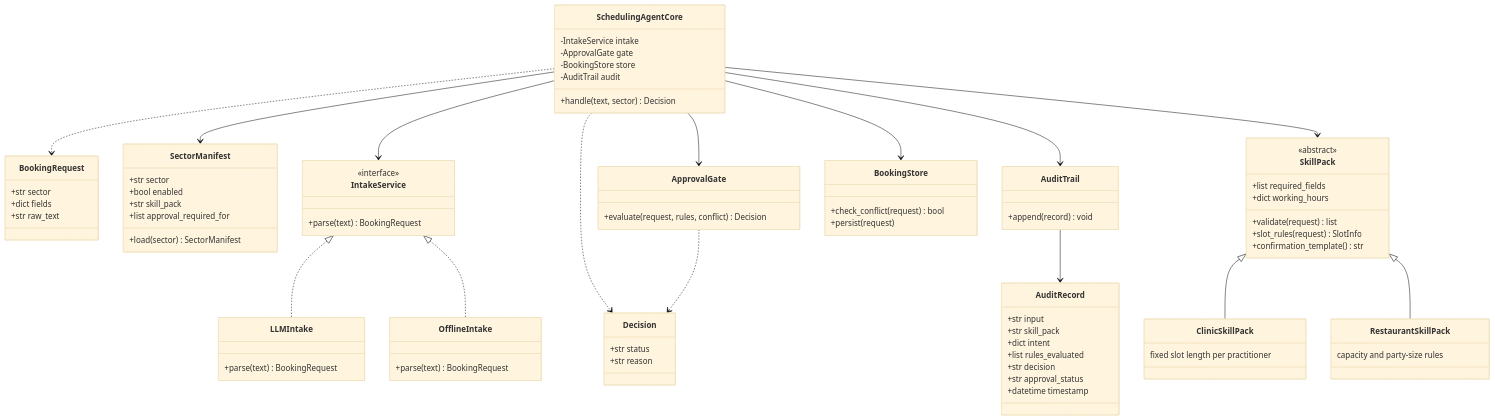
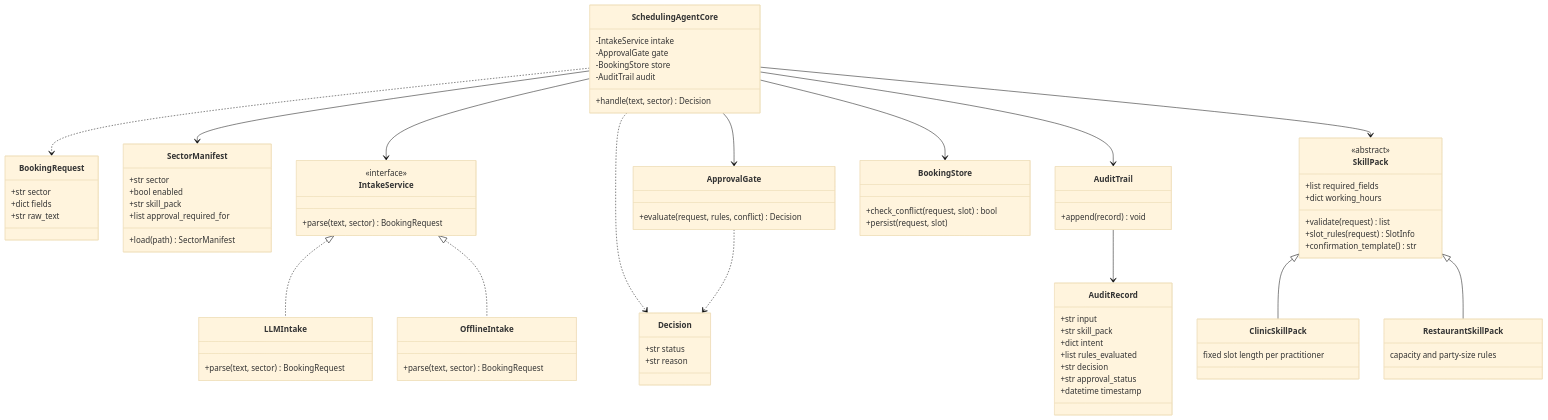
One commit to AhmedOmer013/eais-scheduling-agent changed the third of 3 diagrams in diagrams/DIAGRAMS.md. Above: the diagram before and after it, drawn with Mermaid (base theme). The commit also changed other lines of this file and 1 other file, not shown here.

Commit message:
Sync class/sequence diagram signatures with T6's implementation
T6 widened three signatures beyond the original diagrams (parse gains
sector, check_conflict/persist gain slot) and T3 had already shipped
SectorManifest.load(path) instead of the diagrammed load(sector). Per
PLAN.md's definition of done, the diagrams must match the code -- fixing
the text sources now rather than deferring to a later doc pass.

Not done here: regenerating class-diagram.png/UML_Diagrams.docx (image
export requires a mermaid renderer not available in this environment) and
adding SlotInfo/RuleContext as classes in the diagram (a bigger diagram
addition, not just a signature fix). Both tracked as a follow-up.

```diff
--- a/diagrams/DIAGRAMS.md
+++ b/diagrams/DIAGRAMS.md
@@ -135,7 +135,7 @@
         +bool enabled
         +str skill_pack
         +list approval_required_for
-        +load(sector) SectorManifest
+        +load(path) SectorManifest
     }
     class SkillPack {
         <<abstract>>
@@ -153,20 +153,20 @@
     }
     class IntakeService {
         <<interface>>
-        +parse(text) BookingRequest
+        +parse(text, sector) BookingRequest
     }
     class LLMIntake {
-        +parse(text) BookingRequest
+        +parse(text, sector) BookingRequest
     }
     class OfflineIntake {
-        +parse(text) BookingRequest
+        +parse(text, sector) BookingRequest
     }
     class ApprovalGate {
         +evaluate(request, rules, conflict) Decision
     }
     class BookingStore {
-        +check_conflict(request) bool
-        +persist(request)
+        +check_conflict(request, slot) bool
+        +persist(request, slot)
     }
     class AuditTrail {
         +append(record) void
```
